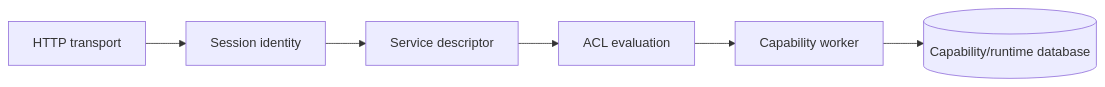
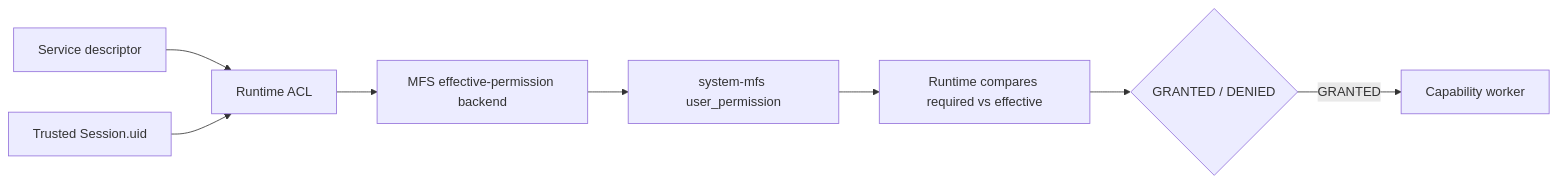
One commit to drumee/drumee.github.io changed the first of 2 diagrams in docs/kernel/identity-authentication-security.md. Above: the diagram before and after it, drawn with Mermaid. The commit also changed other lines of this file and 11 other files, not shown here.

````diff
--- a/docs/kernel/identity-authentication-security.md
+++ b/docs/kernel/identity-authentication-security.md
@@ -28,8 +28,10 @@
 ```mermaid
 flowchart LR
-  HTTP[HTTP transport] --> Session[Session identity]
-  Session --> Service[Service descriptor]
-  Service --> ACL[ACL evaluation]
-  ACL --> Capability[Capability worker]
-  Capability --> DB[(Capability/runtime database)]
+  Descriptor[Service descriptor] --> ACL[Runtime ACL]
+  Session[Trusted Session.uid] --> ACL
+  ACL --> Backend[MFS effective-permission backend]
+  Backend --> SQL[system-mfs user_permission]
+  SQL --> Compare[Runtime compares required vs effective]
+  Compare --> Decision{GRANTED / DENIED}
+  Decision -->|GRANTED| Worker[Capability worker]
 ```
````
